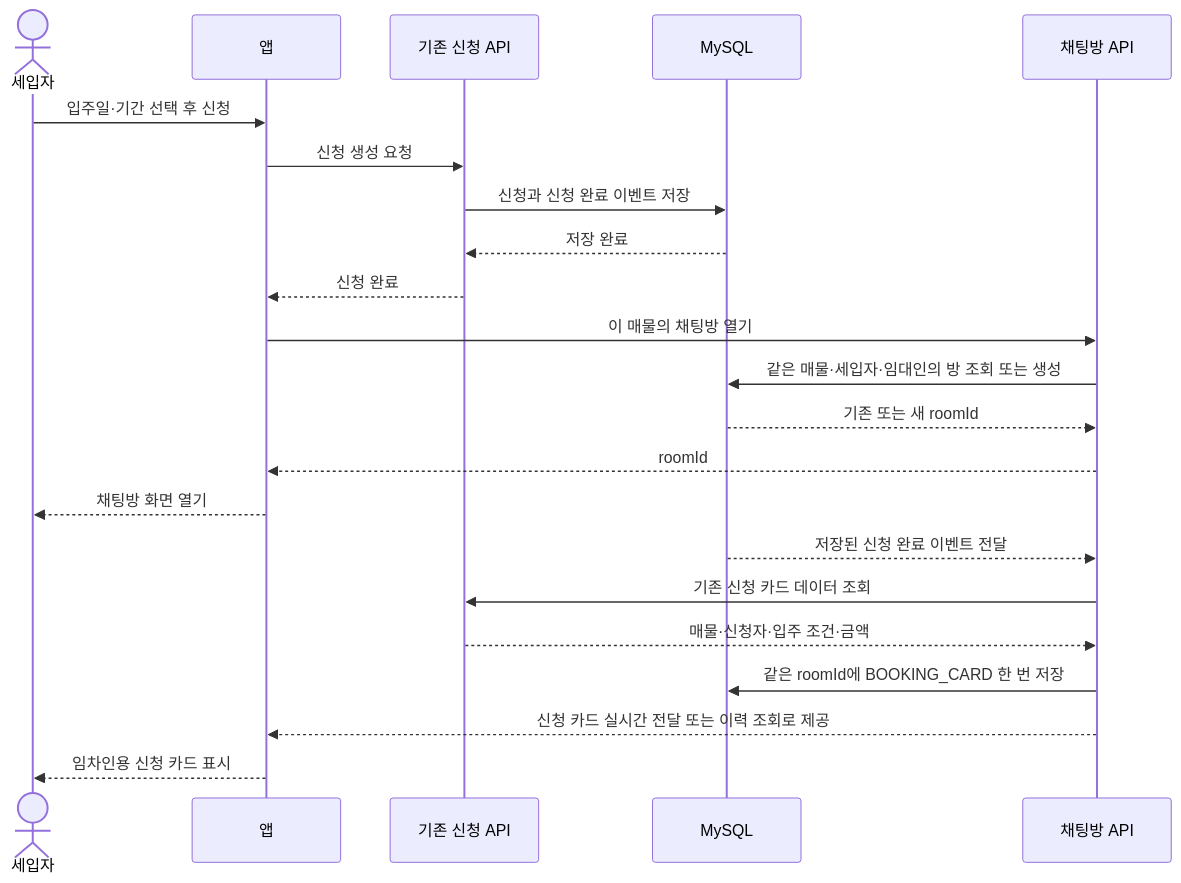
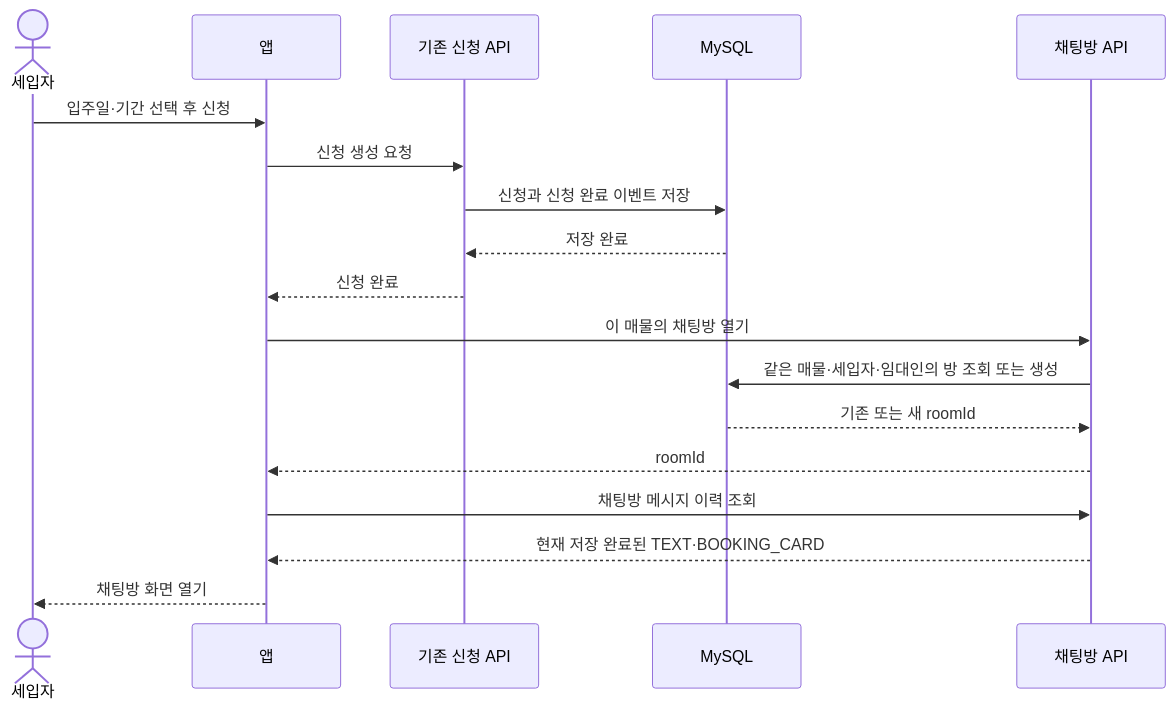
One commit to jameskim9509/Kohere-backend changed the second of 16 diagrams in docs/architecture/chat/05-sequence-diagrams.md. Above: the diagram before and after it, drawn with Mermaid. The commit also changed other lines of this file and 35 other files, not shown here.

````diff
--- a/docs/architecture/chat/05-sequence-diagrams.md
+++ b/docs/architecture/chat/05-sequence-diagrams.md
@@ -43,26 +43,21 @@
 ```mermaid
 sequenceDiagram
     actor U as 세입자
     participant APP as 앱
     participant BOOK as 기존 신청 API
     participant DB as MySQL
     participant CHAT as 채팅방 API
 
     U->>APP: 입주일·기간 선택 후 신청
     APP->>BOOK: 신청 생성 요청
     BOOK->>DB: 신청과 신청 완료 이벤트 저장
     DB-->>BOOK: 저장 완료
     BOOK-->>APP: 신청 완료
     APP->>CHAT: 이 매물의 채팅방 열기
     CHAT->>DB: 같은 매물·세입자·임대인의 방 조회 또는 생성
     DB-->>CHAT: 기존 또는 새 roomId
     CHAT-->>APP: roomId
+    APP->>CHAT: 채팅방 메시지 이력 조회
+    CHAT-->>APP: 현재 저장 완료된 TEXT·BOOKING_CARD
     APP-->>U: 채팅방 화면 열기
-
-    DB-->>CHAT: 저장된 신청 완료 이벤트 전달
-    CHAT->>BOOK: 기존 신청 카드 데이터 조회
-    BOOK-->>CHAT: 매물·신청자·입주 조건·금액
-    CHAT->>DB: 같은 roomId에 BOOKING_CARD 한 번 저장
-    CHAT-->>APP: 신청 카드 실시간 전달 또는 이력 조회로 제공
-    APP-->>U: 임차인용 신청 카드 표시
 ```
````
